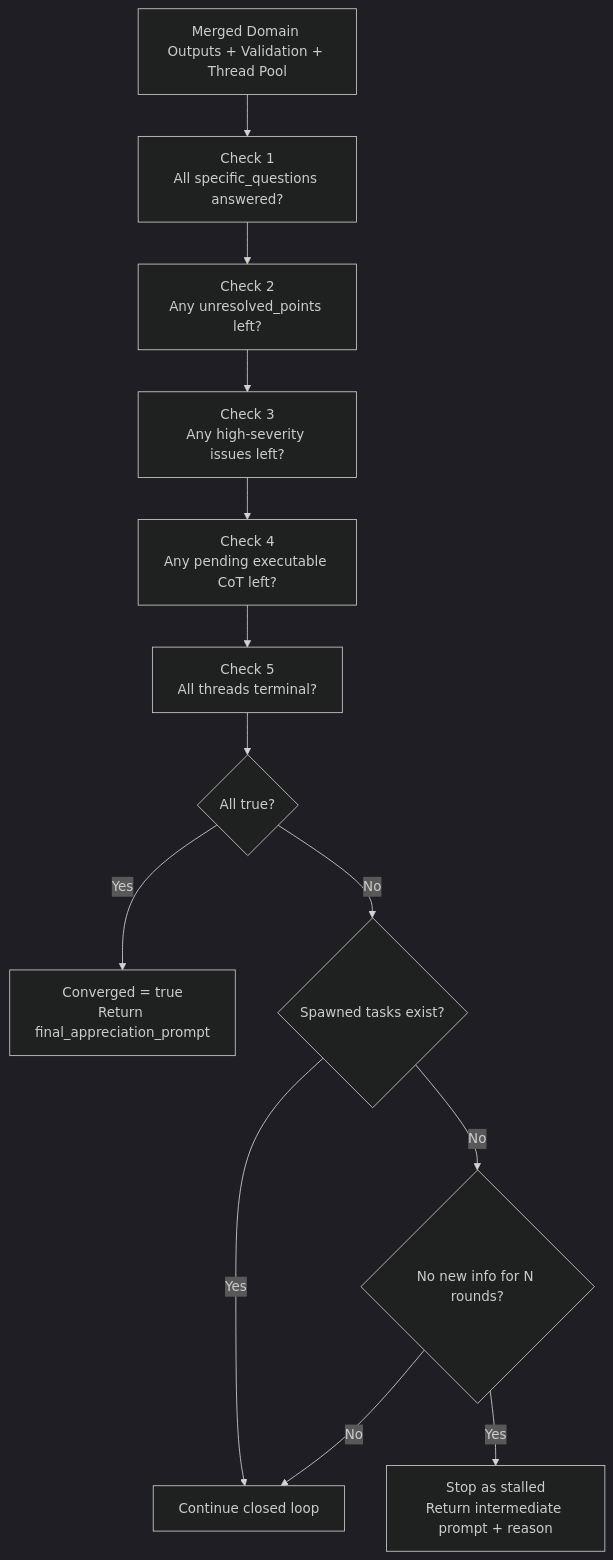
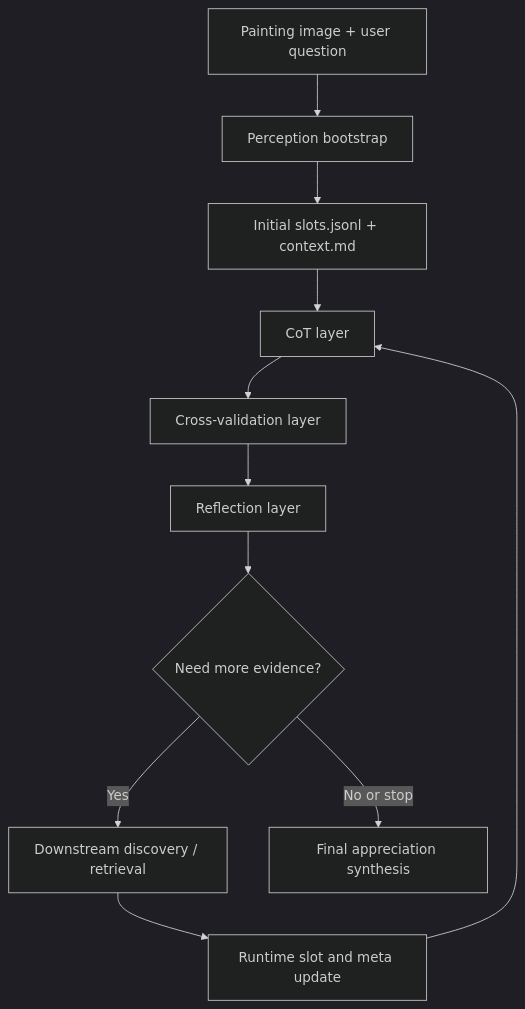
Before and after one commit to ZijiYu/ArtFlow: the diagram in final_version/TECHNICAL_REPORT.md, drawn with Mermaid (dark theme). The commit also changed other lines of this file and 101 other files, not shown here.

````diff
--- a/final_version/TECHNICAL_REPORT.md
+++ b/final_version/TECHNICAL_REPORT.md
@@ -139,16 +124,13 @@
 ```mermaid
 flowchart TD
-    A["Merged Domain Outputs + Validation + Thread Pool"] --> B["Check 1\nAll specific_questions answered?"]
-    B --> C["Check 2\nAny unresolved_points left?"]
-    C --> D["Check 3\nAny high-severity issues left?"]
-    D --> E["Check 4\nAny pending executable CoT left?"]
-    E --> F["Check 5\nAll threads terminal?"]
-
-    F --> G{"All true?"}
-    G -->|Yes| H["Converged = true\nReturn final_appreciation_prompt"]
-    G -->|No| I{"Spawned tasks exist?"}
-    I -->|Yes| J["Continue closed loop"]
-    I -->|No| K{"No new info for N rounds?"}
-    K -->|Yes| L["Stop as stalled\nReturn intermediate prompt + reason"]
-    K -->|No| J
+    A["Painting image + user question"] --> B["Perception bootstrap"]
+    B --> C["Initial slots.jsonl + context.md"]
+    C --> D["CoT layer"]
+    D --> E["Cross-validation layer"]
+    E --> F["Reflection layer"]
+    F --> G{"Need more evidence?"}
+    G -->|Yes| H["Downstream discovery / retrieval"]
+    H --> I["Runtime slot and meta update"]
+    I --> D
+    G -->|No or stop| J["Final appreciation synthesis"]
 ```
````
